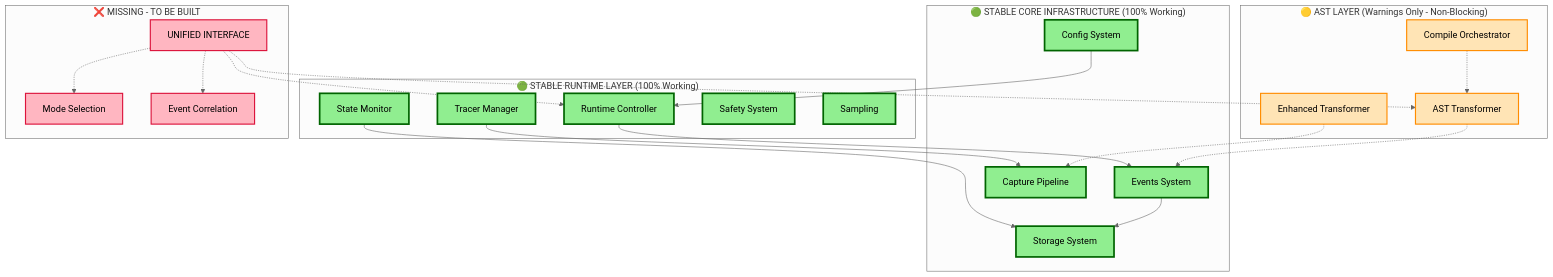
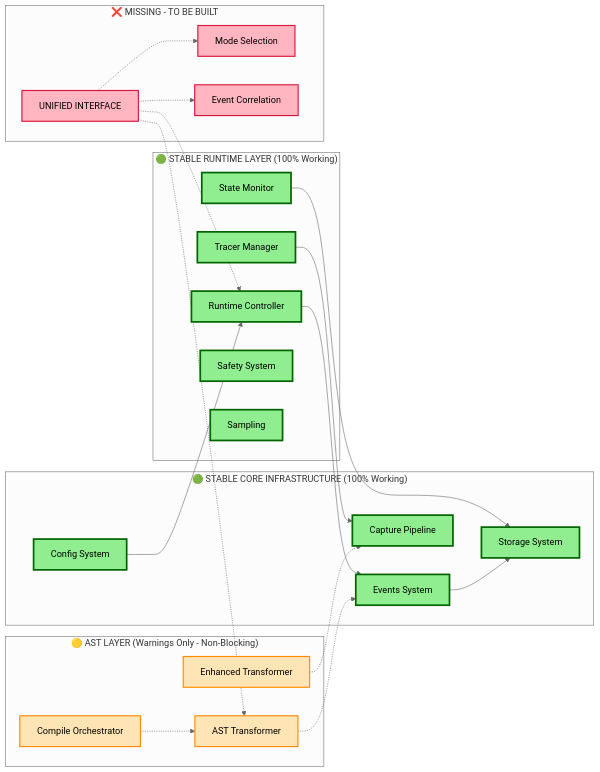
Before and after one commit to nshkrdotcom/ElixirScope: the first of 7 diagrams in DIAGS.md, drawn with Mermaid (neutral theme).

````diff
--- a/DIAGS.md
+++ b/DIAGS.md
@@ -11,55 +11,55 @@
 ```mermaid
-graph TB
+graph LR
     subgraph "🟢 STABLE RUNTIME LAYER (100% Working)"
         RT[Runtime Controller]
         TM[Tracer Manager] 
         SM[State Monitor]
         SF[Safety System]
         SP[Sampling]
     end
     
     subgraph "🟢 STABLE CORE INFRASTRUCTURE (100% Working)"
         EV[Events System]
         CF[Config System]
         ST[Storage System]
         CP[Capture Pipeline]
     end
     
     subgraph "🟡 AST LAYER (Warnings Only - Non-Blocking)"
         AST[AST Transformer]
         ET[Enhanced Transformer]
         CO[Compile Orchestrator]
     end
     
     subgraph "❌ MISSING - TO BE BUILT"
         UN[UNIFIED INTERFACE]
         MS[Mode Selection]
         EC[Event Correlation]
     end
     
     %% Stable connections (working)
     RT --> EV
     TM --> CP
     SM --> ST
     EV --> ST
     CF --> RT
     
     %% AST connections (have warnings but functional)
     AST -.-> EV
     ET -.-> CP
     CO -.-> AST
     
     %% Future unified connections (to be built)
     UN -.-> RT
     UN -.-> AST
     UN -.-> MS
     UN -.-> EC
     
     classDef stable fill:#90EE90,stroke:#006400,stroke-width:3px,color:#000
     classDef warning fill:#FFE4B5,stroke:#FF8C00,stroke-width:2px,color:#000
     classDef missing fill:#FFB6C1,stroke:#DC143C,stroke-width:2px,color:#000
     
     class RT,TM,SM,SF,SP,EV,CF,ST,CP stable
     class AST,ET,CO warning
     class UN,MS,EC missing
 ```
````
